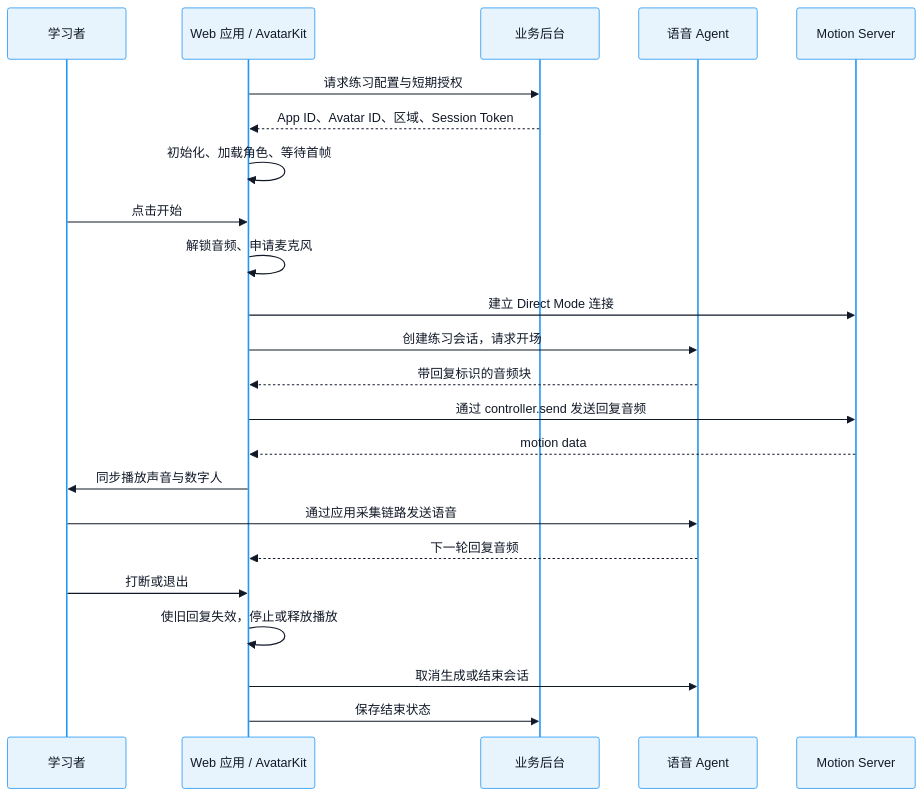
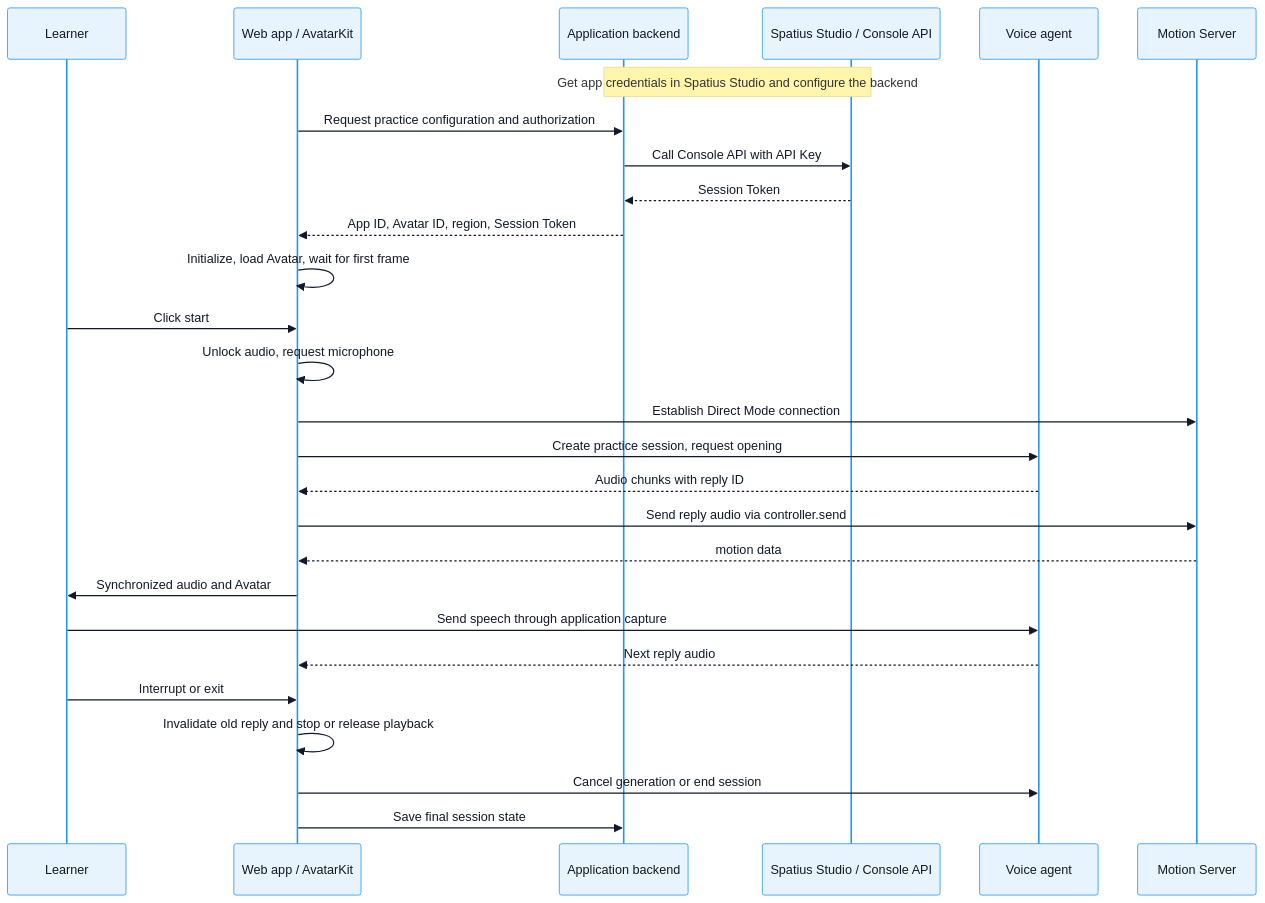
Before and after one commit to spatius-ai/docs: the second of 2 diagrams in solutions/language-learning.mdx, drawn with Mermaid. The commit also changed other lines of this file, not shown here.

````diff
--- a/solutions/language-learning.mdx
+++ b/solutions/language-learning.mdx
@@ -44,36 +84,40 @@
 ```mermaid actions={false}
 ---
 config:
   theme: base
   themeVariables:
     background: '#ffffff'
     textColor: '#111827'
     lineColor: '#64748b'
     primaryColor: '#e8f4fd'
     primaryTextColor: '#111827'
     primaryBorderColor: '#2196F3'
 ---
 sequenceDiagram
-    participant U as 学习者
-    participant W as Web 应用 / AvatarKit
-    participant B as 业务后台
-    participant A as 语音 Agent
+    participant U as Learner
+    participant W as Web app / AvatarKit
+    participant B as Application backend
+    participant S as Spatius Studio / Console API
+    participant A as Voice agent
     participant M as Motion Server
-    W->>B: 请求练习配置与短期授权
-    B-->>W: App ID、Avatar ID、区域、Session Token
-    W->>W: 初始化、加载角色、等待首帧
-    U->>W: 点击开始
-    W->>W: 解锁音频、申请麦克风
-    W->>M: 建立 Direct Mode 连接
-    W->>A: 创建练习会话，请求开场
-    A-->>W: 带回复标识的音频块
-    W->>M: 通过 controller.send 发送回复音频
+    Note over B,S: Get app credentials in Spatius Studio and configure the backend
+    W->>B: Request practice configuration and authorization
+    B->>S: Call Console API with API Key
+    S-->>B: Session Token
+    B-->>W: App ID, Avatar ID, region, Session Token
+    W->>W: Initialize, load Avatar, wait for first frame
+    U->>W: Click start
+    W->>W: Unlock audio, request microphone
+    W->>M: Establish Direct Mode connection
+    W->>A: Create practice session, request opening
+    A-->>W: Audio chunks with reply ID
+    W->>M: Send reply audio via controller.send
     M-->>W: motion data
-    W->>U: 同步播放声音与数字人
-    U->>A: 通过应用采集链路发送语音
-    A-->>W: 下一轮回复音频
-    U->>W: 打断或退出
-    W->>W: 使旧回复失效，停止或释放播放
-    W->>A: 取消生成或结束会话
-    W->>B: 保存结束状态
+    W->>U: Synchronized audio and Avatar
+    U->>A: Send speech through application capture
+    A-->>W: Next reply audio
+    U->>W: Interrupt or exit
+    W->>W: Invalidate old reply and stop or release playback
+    W->>A: Cancel generation or end session
+    W->>B: Save final session state
 ```
````
